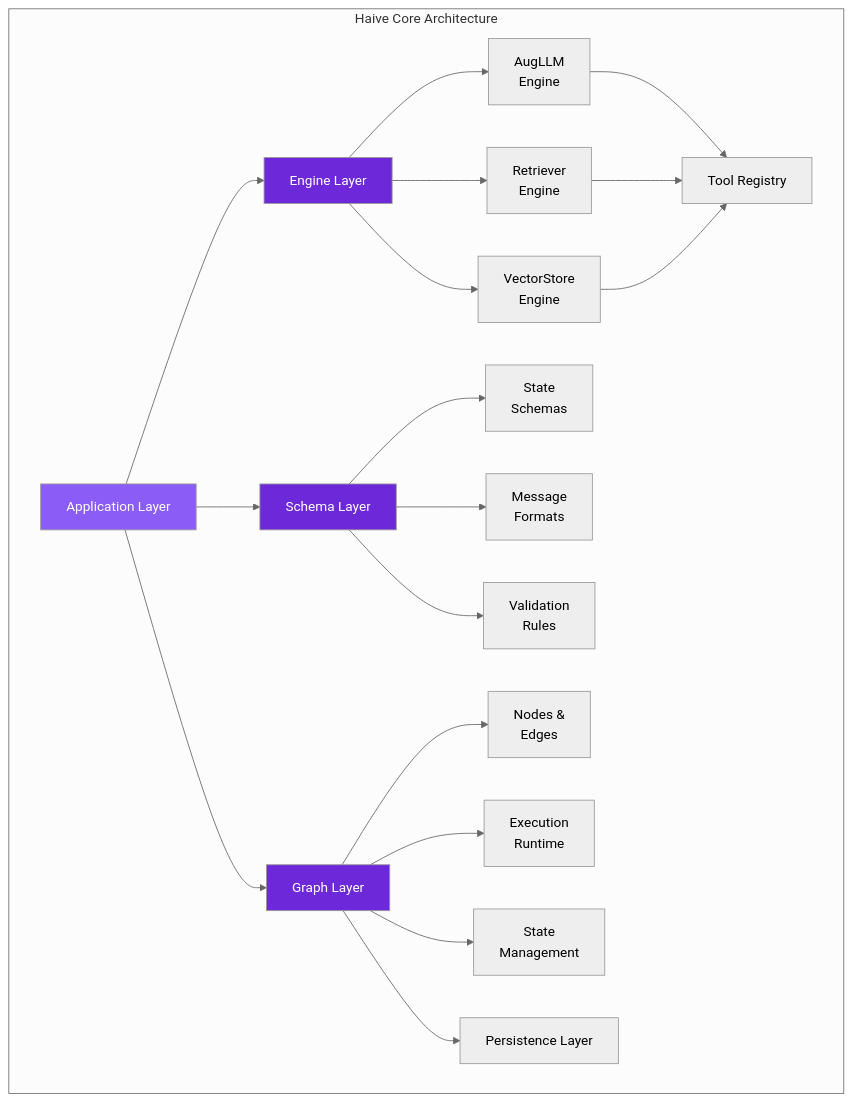
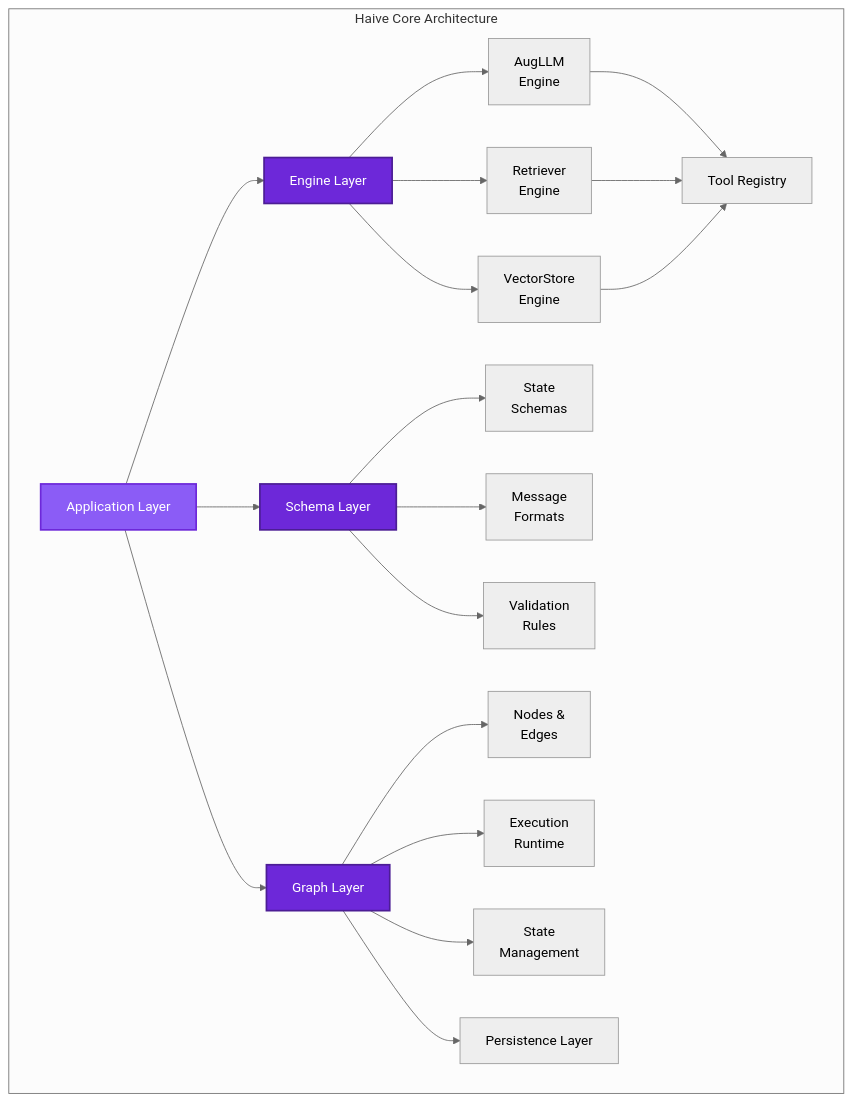
One commit to pr1m8/haive-core changed the diagram in docs/source/index.rst. Above: the diagram before and after it, drawn with Mermaid (neutral theme). The commit also changed other lines of this file and 9 other files, not shown here.

```diff
--- a/docs/source/index.rst
+++ b/docs/source/index.rst
@@ -527,32 +527,32 @@
 .. mermaid::
 
    graph TB
       subgraph "Haive Core Architecture"
          A[Application Layer]
          A --> B[Engine Layer]
          A --> C[Schema Layer]
          A --> D[Graph Layer]
          
          B --> B1[AugLLM<br/>Engine]
          B --> B2[Retriever<br/>Engine]
          B --> B3[VectorStore<br/>Engine]
          
          C --> C1[State<br/>Schemas]
          C --> C2[Message<br/>Formats]
          C --> C3[Validation<br/>Rules]
          
          D --> D1[Nodes &<br/>Edges]
          D --> D2[Execution<br/>Runtime]
          D --> D3[State<br/>Management]
          
          E[Tool Registry]
          F[Persistence Layer]
          
          B1 & B2 & B3 --> E
          D --> F
       end
       
-      style A fill:#8b5cf6,color:#fff
-      style B fill:#6d28d9,color:#fff
-      style C fill:#6d28d9,color:#fff  
-      style D fill:#6d28d9,color:#fff
+      style A fill:#8b5cf6,color:#ffffff,stroke:#6d28d9,stroke-width:2px
+      style B fill:#6d28d9,color:#ffffff,stroke:#4c1d95,stroke-width:2px
+      style C fill:#6d28d9,color:#ffffff,stroke:#4c1d95,stroke-width:2px
+      style D fill:#6d28d9,color:#ffffff,stroke:#4c1d95,stroke-width:2px
```
